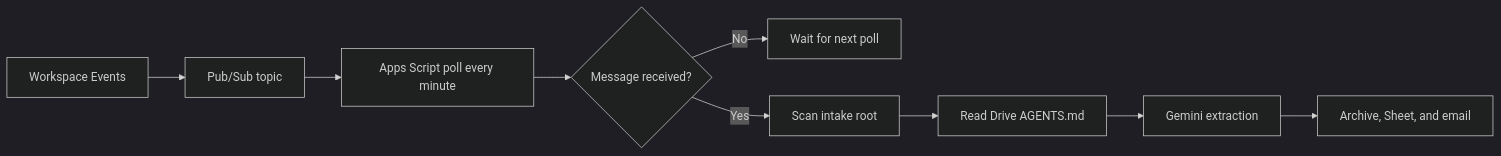
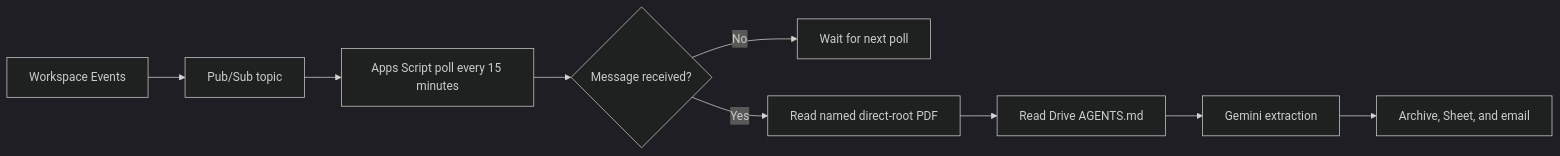
One commit to marcomc/Google-Drive-Utilities-Cataloger changed the first of 3 diagrams in docs/RUNBOOK.md. Above: the diagram before and after it, drawn with Mermaid (dark theme). The commit also changed other lines of this file and 9 other files, not shown here.

````diff
--- a/docs/RUNBOOK.md
+++ b/docs/RUNBOOK.md
@@ -25,13 +27,13 @@
 ```mermaid
 flowchart LR
   accTitle: Cataloging event path
-  accDescr: A Drive change reaches Pub/Sub. Apps Script polls the subscription every minute and scans the configured intake root only when it receives a message.
+  accDescr: A Drive creation event reaches Pub/Sub. Apps Script polls every 15 minutes and processes only the named direct-root PDF.
   event["Workspace Events"] --> pubsub["Pub/Sub topic"]
-  pubsub --> poll["Apps Script poll every minute"]
+  pubsub --> poll["Apps Script poll every 15 minutes"]
   poll --> messages{"Message received?"}
   messages -- "No" --> wait["Wait for next poll"]
-  messages -- "Yes" --> scan["Scan intake root"]
-  scan --> policy["Read Drive AGENTS.md"]
+  messages -- "Yes" --> file["Read named direct-root PDF"]
+  file --> policy["Read Drive AGENTS.md"]
   policy --> gemini["Gemini extraction"]
   gemini --> result["Archive, Sheet, and email"]
 ```
````
